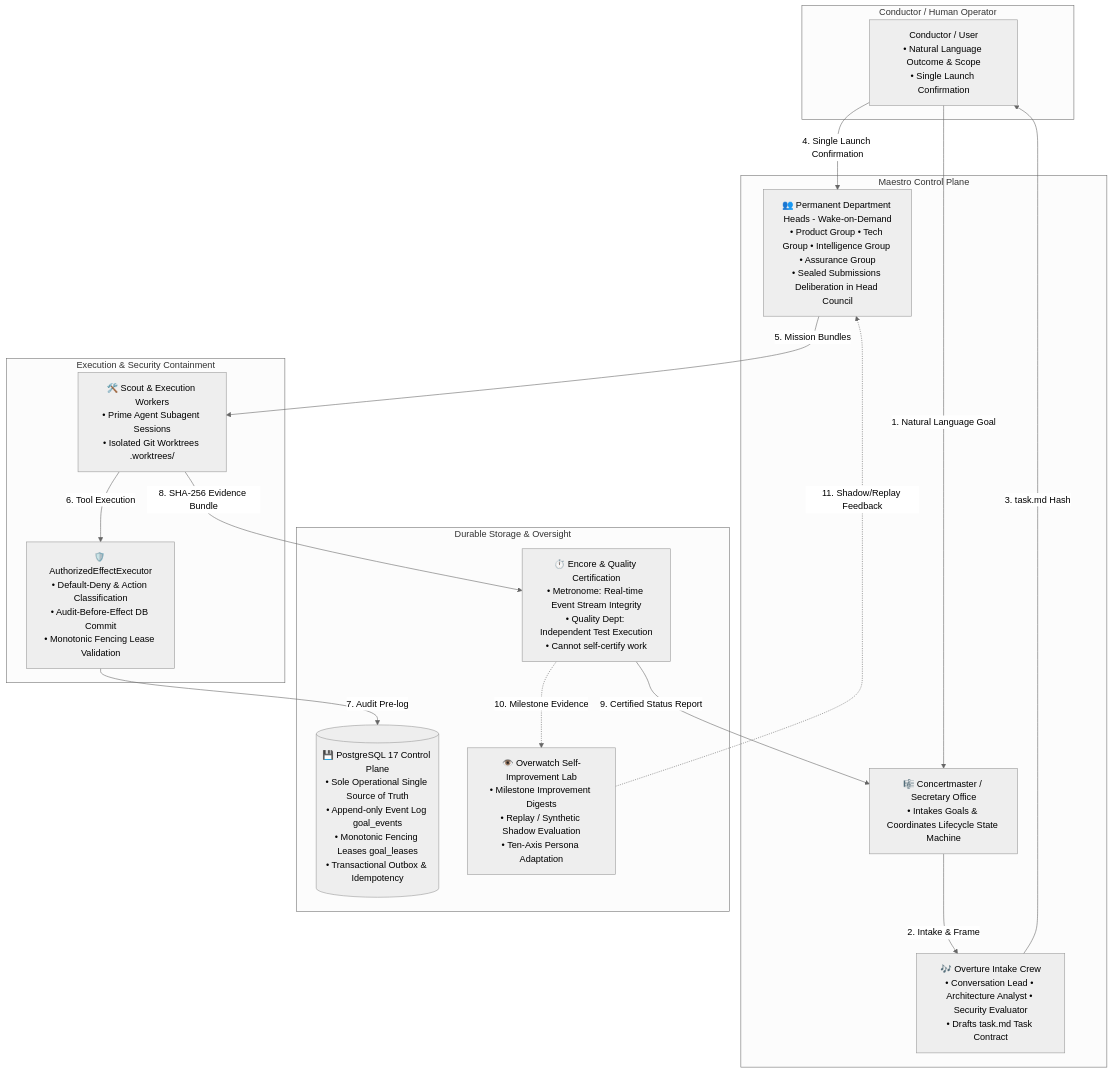
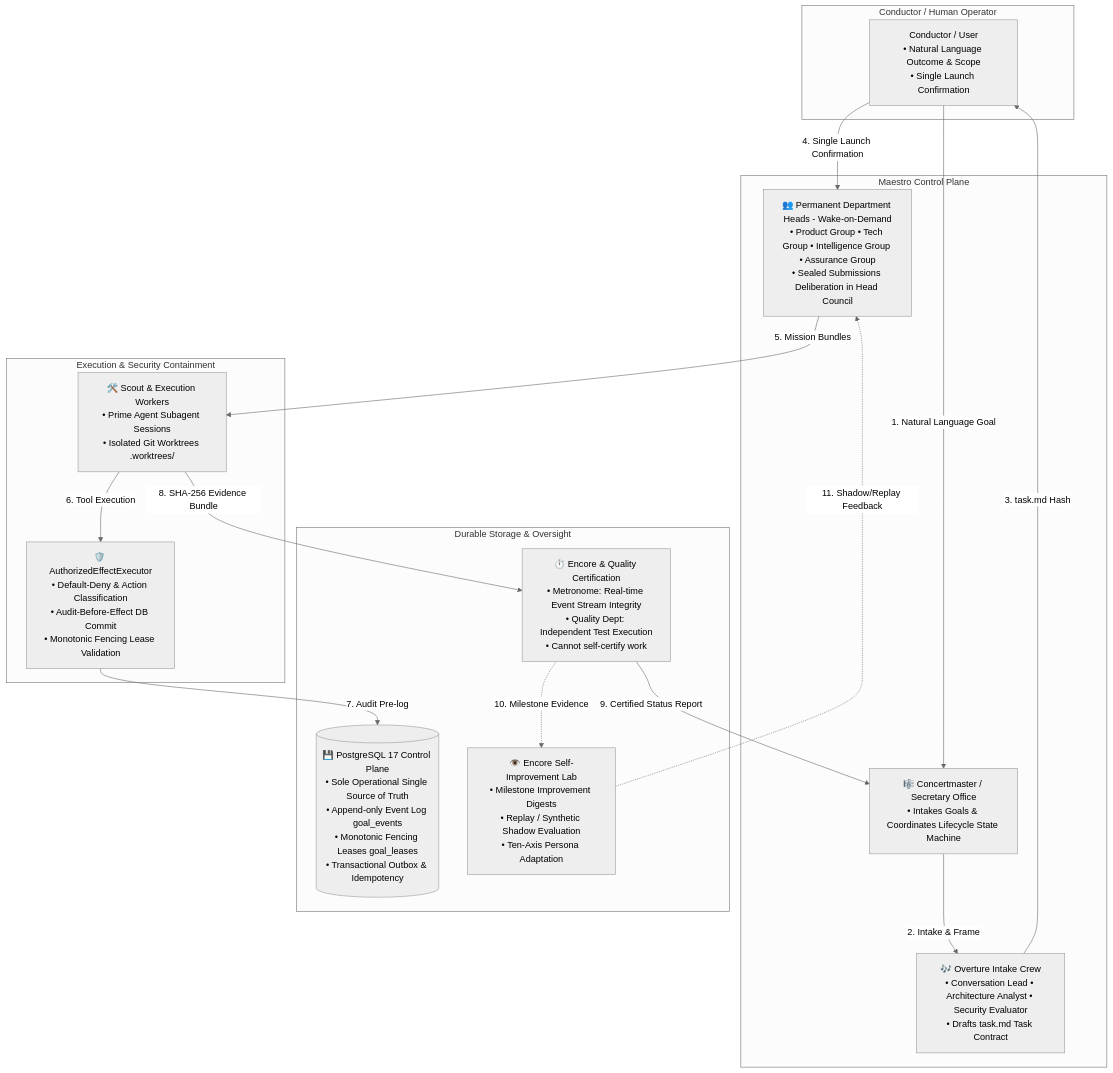
One commit to noth3dev/maestro changed the diagram in docs/01-system-overview.md. Above: the diagram before and after it, drawn with Mermaid (neutral theme). The commit also changed other lines of this file and 6 other files, not shown here.

Commit message:
docs: align self-improvement component terminology to Encore (Encore Learning & Improvement Lab)

````diff
--- a/docs/01-system-overview.md
+++ b/docs/01-system-overview.md
@@ -7,35 +7,35 @@
 ```mermaid
 flowchart TD
     subgraph UserLayer [Conductor / Human Operator]
         CONDUCTOR[Conductor / User<br/>• Natural Language Outcome & Scope<br/>• Single Launch Confirmation]
     end
 
     subgraph ControlPlaneLayer [Maestro Control Plane]
         CONCERTMASTER[🎼 Concertmaster / Secretary Office<br/>• Intakes Goals & Coordinates Lifecycle State Machine]
         OVERTURE[🎶 Overture Intake Crew<br/>• Conversation Lead • Architecture Analyst • Security Evaluator<br/>• Drafts task.md Task Contract]
         DEPARTMENTS[👥 Permanent Department Heads - Wake-on-Demand<br/>• Product Group • Tech Group • Intelligence Group • Assurance Group<br/>• Sealed Submissions Deliberation in Head Council]
     end
 
     subgraph ExecutionSecurityLayer [Execution & Security Containment]
         WORKERS[🛠️ Scout & Execution Workers<br/>• Prime Agent Subagent Sessions<br/>• Isolated Git Worktrees .worktrees/ ]
         EXECUTOR[🛡️ AuthorizedEffectExecutor<br/>• Default-Deny & Action Classification<br/>• Audit-Before-Effect DB Commit<br/>• Monotonic Fencing Lease Validation]
     end
 
     subgraph PersistenceOversightLayer [Durable Storage & Oversight]
         ENCORE[⏱️ Encore & Quality Certification<br/>• Metronome: Real-time Event Stream Integrity<br/>• Quality Dept: Independent Test Execution<br/>• Cannot self-certify work]
         POSTGRES[(💾 PostgreSQL 17 Control Plane<br/>• Sole Operational Single Source of Truth<br/>• Append-only Event Log goal_events<br/>• Monotonic Fencing Leases goal_leases<br/>• Transactional Outbox & Idempotency)]
-        OVERWATCH[👁️ Overwatch Self-Improvement Lab<br/>• Milestone Improvement Digests<br/>• Replay / Synthetic Shadow Evaluation<br/>• Ten-Axis Persona Adaptation]
+        ENCORE_LAB[👁️ Encore Self-Improvement Lab<br/>• Milestone Improvement Digests<br/>• Replay / Synthetic Shadow Evaluation<br/>• Ten-Axis Persona Adaptation]
     end
 
     CONDUCTOR -->|1. Natural Language Goal| CONCERTMASTER
     CONCERTMASTER -->|2. Intake & Frame| OVERTURE
     OVERTURE -->|3. task.md Hash| CONDUCTOR
     CONDUCTOR -->|4. Single Launch Confirmation| DEPARTMENTS
     DEPARTMENTS -->|5. Mission Bundles| WORKERS
     WORKERS -->|6. Tool Execution| EXECUTOR
     EXECUTOR -->|7. Audit Pre-log| POSTGRES
     WORKERS -->|8. SHA-256 Evidence Bundle| ENCORE
     ENCORE -->|9. Certified Status Report| CONCERTMASTER
-    ENCORE -.->|10. Milestone Evidence| OVERWATCH
-    OVERWATCH -.->|11. Shadow/Replay Feedback| DEPARTMENTS
+    ENCORE -.->|10. Milestone Evidence| ENCORE_LAB
+    ENCORE_LAB -.->|11. Shadow/Replay Feedback| DEPARTMENTS
 ```
````
